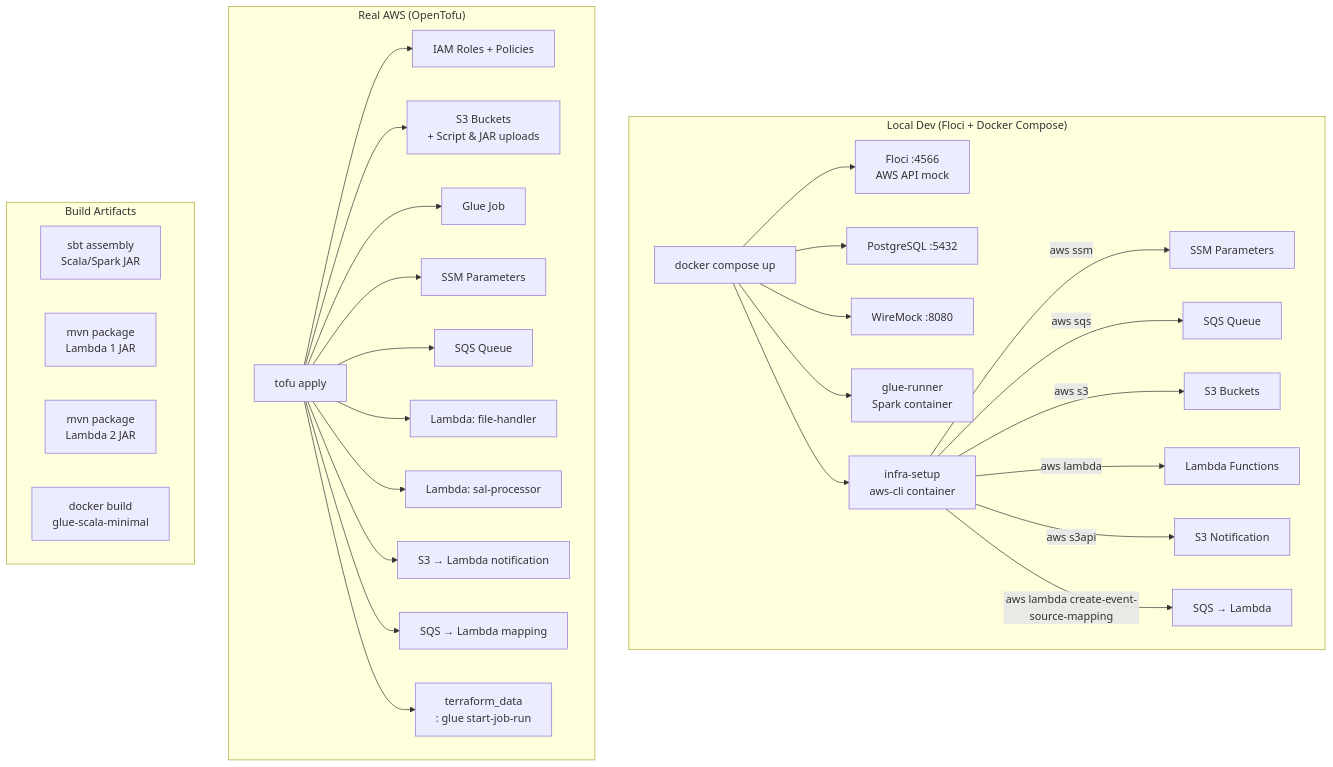
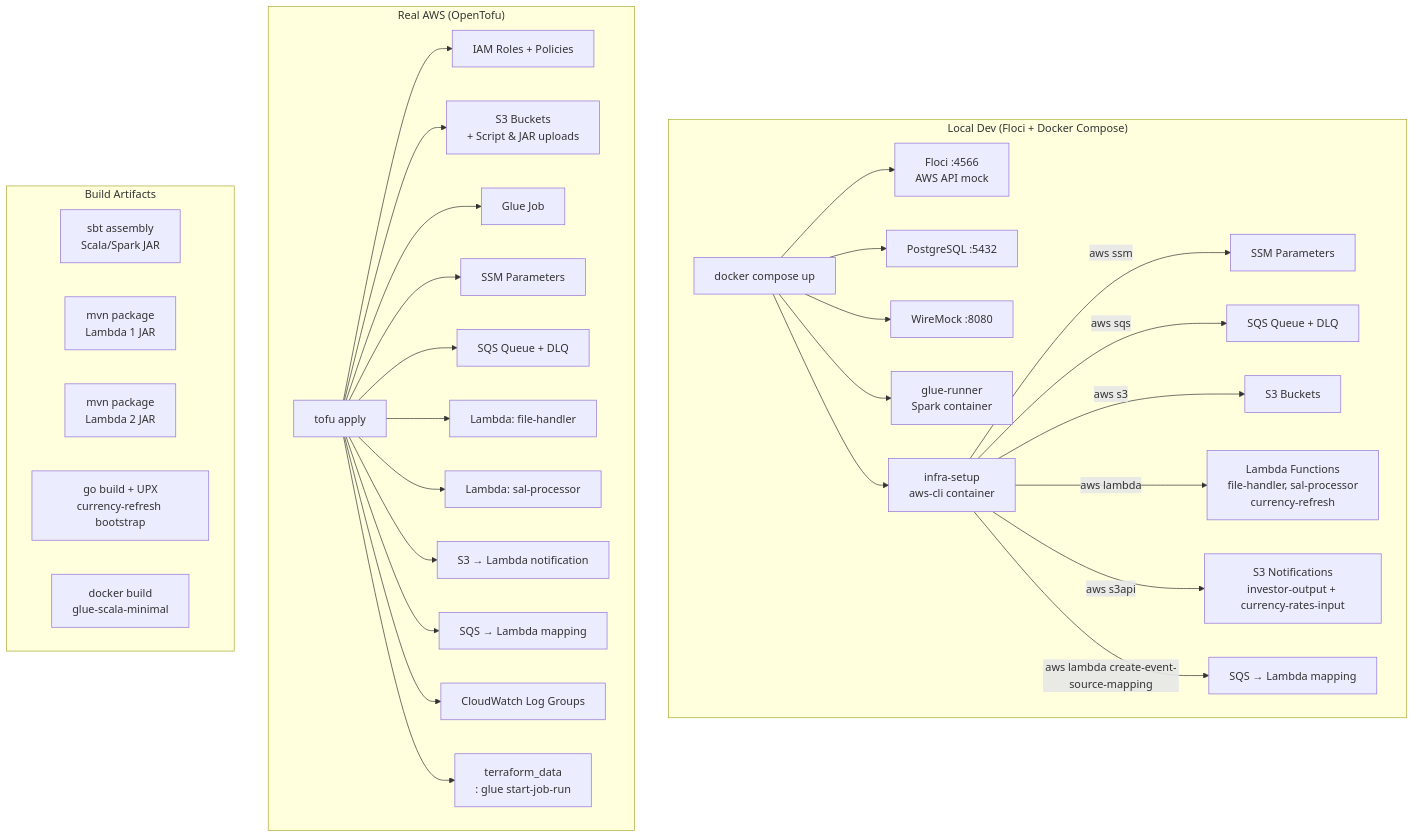
Before and after one commit to sriharisa-j71/aws-floci-sample-project: the second of 4 diagrams in ARCHITECTURE.md, drawn with Mermaid. The commit also changed other lines of this file and 61 other files, not shown here.

First line of the commit message:
Refactor: Replace employee with investor flows

````diff
--- a/ARCHITECTURE.md
+++ b/ARCHITECTURE.md
@@ -52,38 +61,40 @@
 ```mermaid
 flowchart TD
   subgraph LocalDev["Local Dev (Floci + Docker Compose)"]
     DC["docker compose up"]
     DC --> FLOCI["Floci :4566\nAWS API mock"]
     DC --> PG["PostgreSQL :5432"]
     DC --> WM["WireMock :8080"]
     DC --> GR["glue-runner\nSpark container"]
     DC --> IS["infra-setup\naws-cli container"]
     IS -->|aws ssm| SSM[SSM Parameters]
-    IS -->|aws sqs| SQS[SQS Queue]
+    IS -->|aws sqs| SQS[SQS Queue + DLQ]
     IS -->|aws s3| S3_BUCKETS[S3 Buckets]
-    IS -->|aws lambda| LAMBDAS[Lambda Functions]
-    IS -->|aws s3api| S3_NOTIF[S3 Notification]
-    IS -->|aws lambda create-event-source-mapping| SQS_MAP[SQS → Lambda]
+    IS -->|aws lambda| LAMBDAS[Lambda Functions\nfile-handler, sal-processor\ncurrency-refresh]
+    IS -->|aws s3api| S3_NOTIF[S3 Notifications\ninvestor-output + currency-rates-input]
+    IS -->|aws lambda create-event-source-mapping| SQS_MAP[SQS → Lambda mapping]
   end
 
   subgraph AWSDeploy["Real AWS (OpenTofu)"]
     TF["tofu apply"]
     TF --> TF_IAM[IAM Roles + Policies]
     TF --> TF_S3[S3 Buckets\n+ Script & JAR uploads]
     TF --> TF_GLUE[Glue Job]
     TF --> TF_SSM[SSM Parameters]
-    TF --> TF_SQS[SQS Queue]
+    TF --> TF_SQS[SQS Queue + DLQ]
     TF --> TF_L1[Lambda: file-handler]
     TF --> TF_L2[Lambda: sal-processor]
     TF --> TF_S3N[S3 → Lambda notification]
     TF --> TF_SQSM[SQS → Lambda mapping]
+    TF --> TF_CW[CloudWatch Log Groups]
     TF --> TF_RUN[terraform_data\n: glue start-job-run]
   end
 
   subgraph BuildChain["Build Artifacts"]
     SBT["sbt assembly\nScala/Spark JAR"]
     MVN1["mvn package\nLambda 1 JAR"]
     MVN2["mvn package\nLambda 2 JAR"]
+    GO_BUILD["go build + UPX\ncurrency-refresh bootstrap"]
     DOCKER["docker build\nglue-scala-minimal"]
   end
 ```
````
